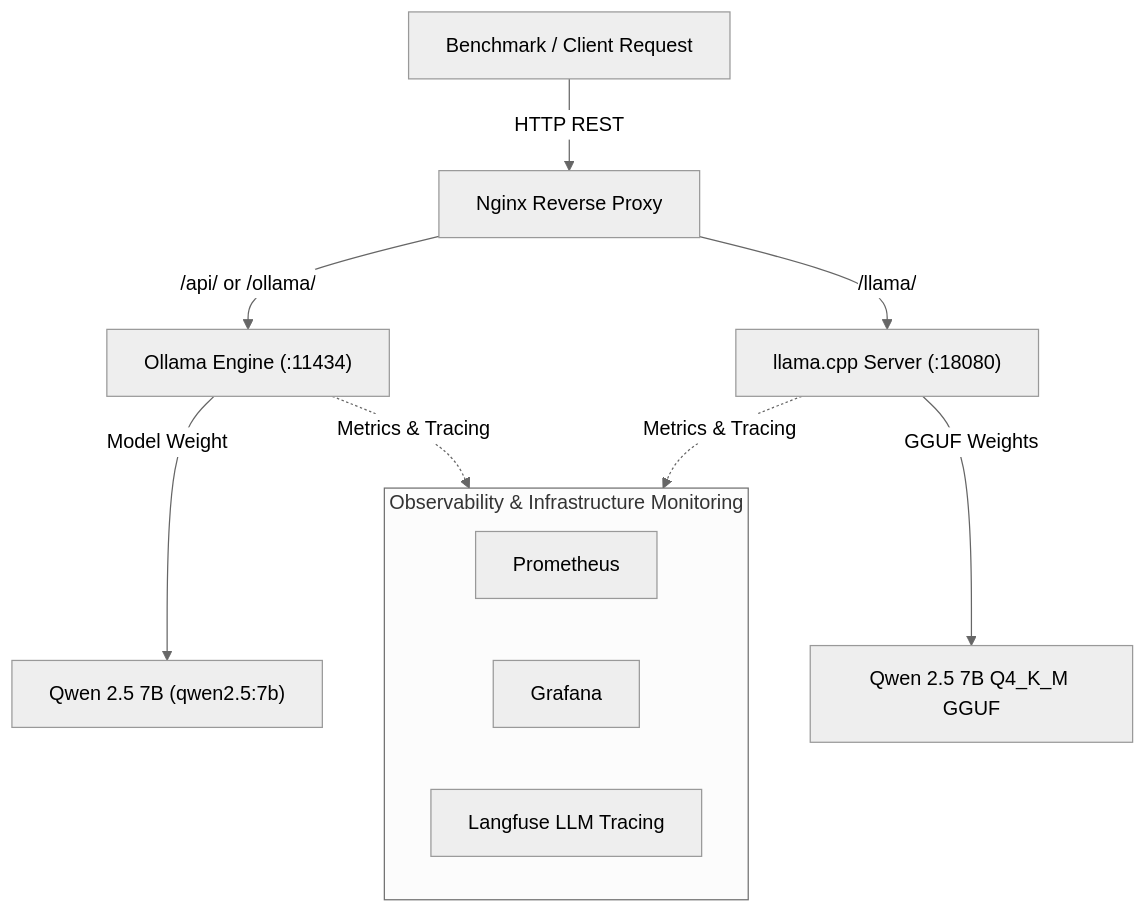
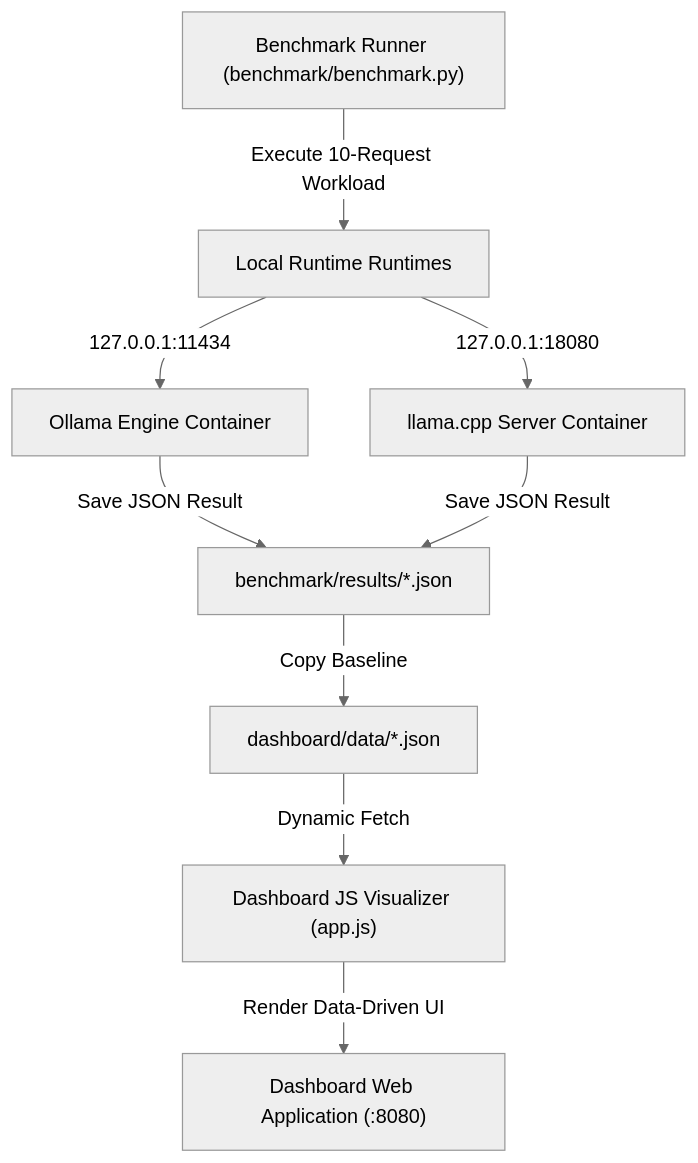
One commit to AtulRajput01/inferenceops changed the diagram in README.md. Above: the diagram before and after it, drawn with Mermaid (neutral theme). The commit also changed other lines of this file and 4 other files, not shown here.

Commit message:
feat: make runtime comparison data-driven and fix benchmark duration bug

````diff
--- a/README.md
+++ b/README.md
@@ -39,18 +39,13 @@
 ```mermaid
 flowchart TD
-    Client["Benchmark / Client Request"] -->|HTTP REST| Nginx["Nginx Reverse Proxy"]
-    Nginx -->|/api/ or /ollama/| Ollama["Ollama Engine (:11434)"]
-    Nginx -->|/llama/| LlamaCPP["llama.cpp Server (:18080)"]
+    Runner["Benchmark Runner (benchmark/benchmark.py)"] -->|Execute 10-Request Workload| LocalEndpoints["Local Runtime Runtimes"]
+    LocalEndpoints -->|127.0.0.1:11434| Ollama["Ollama Engine Container"]
+    LocalEndpoints -->|127.0.0.1:18080| LlamaCPP["llama.cpp Server Container"]
     
-    Ollama -->|Model Weight| QwenOllama["Qwen 2.5 7B (qwen2.5:7b)"]
-    LlamaCPP -->|GGUF Weights| QwenGGUF["Qwen 2.5 7B Q4_K_M GGUF"]
-
-    subgraph Observability ["Observability & Infrastructure Monitoring"]
-        Prometheus["Prometheus"]
-        Grafana["Grafana"]
-        Langfuse["Langfuse LLM Tracing"]
-    end
-
-    Ollama -.->|Metrics & Tracing| Observability
-    LlamaCPP -.->|Metrics & Tracing| Observability
+    Ollama -->|Save JSON Result| JSONResults["benchmark/results/*.json"]
+    LlamaCPP -->|Save JSON Result| JSONResults
+    
+    JSONResults -->|Copy Baseline| DashboardData["dashboard/data/*.json"]
+    DashboardData -->|Dynamic Fetch| AppJS["Dashboard JS Visualizer (app.js)"]
+    AppJS -->|Render Data-Driven UI| UI["Dashboard Web Application (:8080)"]
 ```
````
